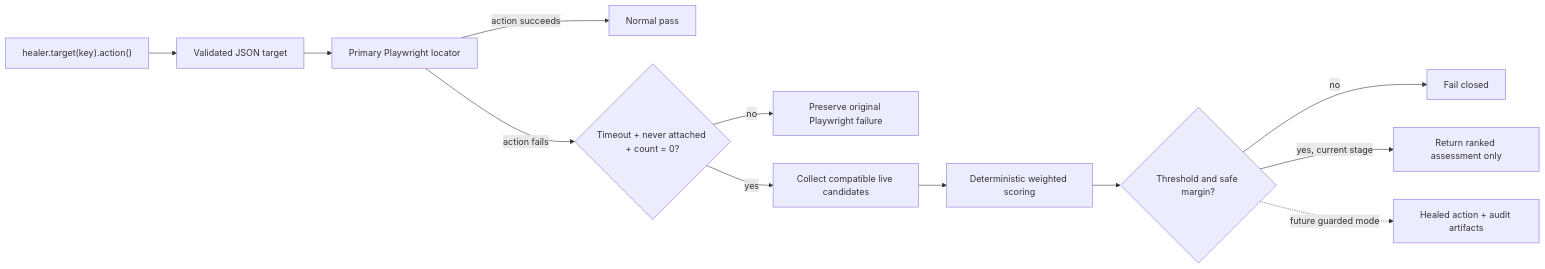
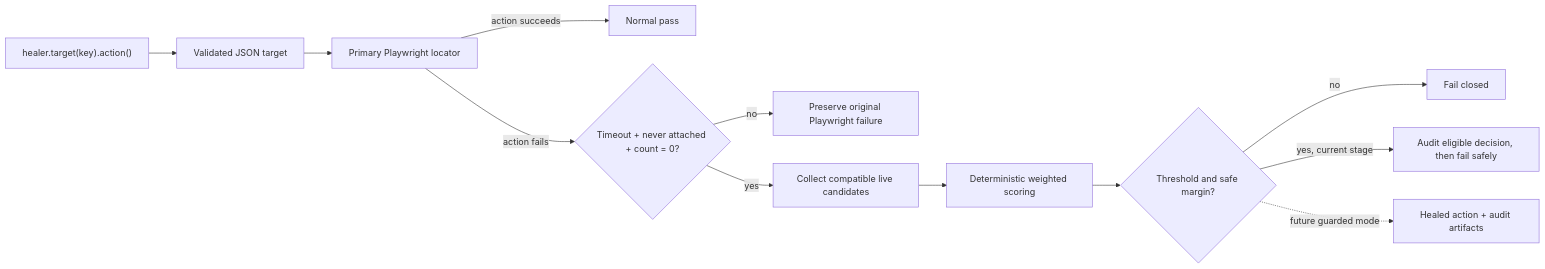
The diagram in README.md (kamenAsenov/aegiloc), drawn with Mermaid before and after one commit. The commit also changed other lines of this file and 14 other files, not shown here.

````diff
--- a/README.md
+++ b/README.md
@@ -140,14 +154,14 @@
 ```mermaid
 flowchart LR
   T["healer.target(key).action()"] --> R["Validated JSON target"]
   R --> P["Primary Playwright locator"]
   P -->|"action succeeds"| OK["Normal pass"]
   P -->|"action fails"| M{"Timeout + never attached + count = 0?"}
   M -->|"no"| PF["Preserve original Playwright failure"]
   M -->|"yes"| C["Collect compatible live candidates"]
   C --> S["Deterministic weighted scoring"]
   S --> G{"Threshold and safe margin?"}
   G -->|"no"| SF["Fail closed"]
-  G -->|"yes, current stage"| RO["Return ranked assessment only"]
+  G -->|"yes, current stage"| RO["Audit eligible decision, then fail safely"]
   G -.->|"future guarded mode"| H["Healed action + audit artifacts"]
 ```
````
